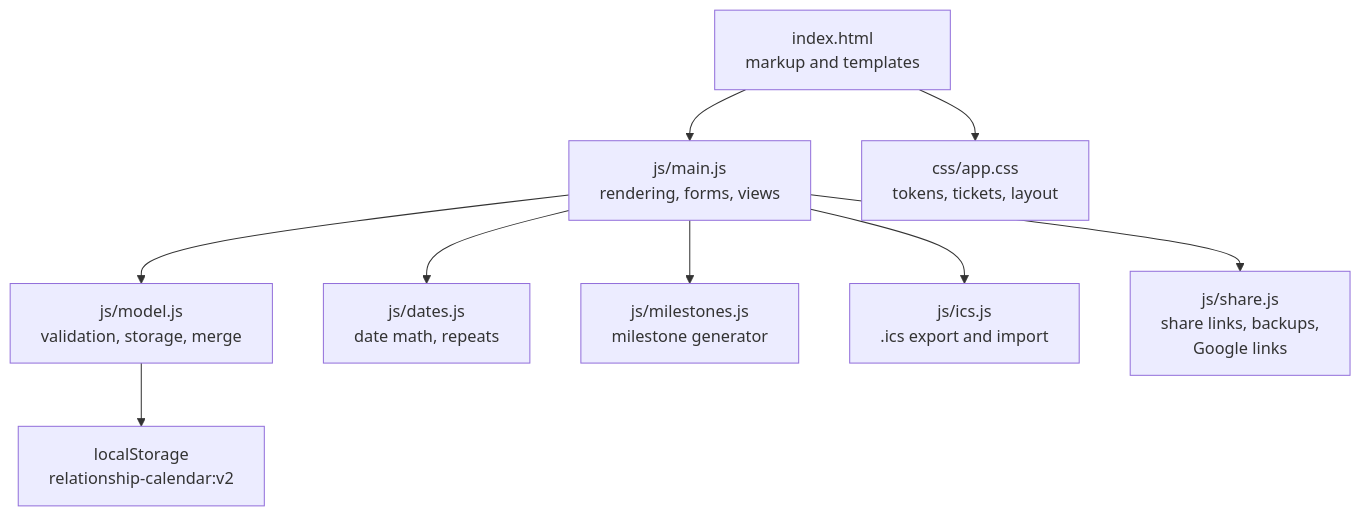
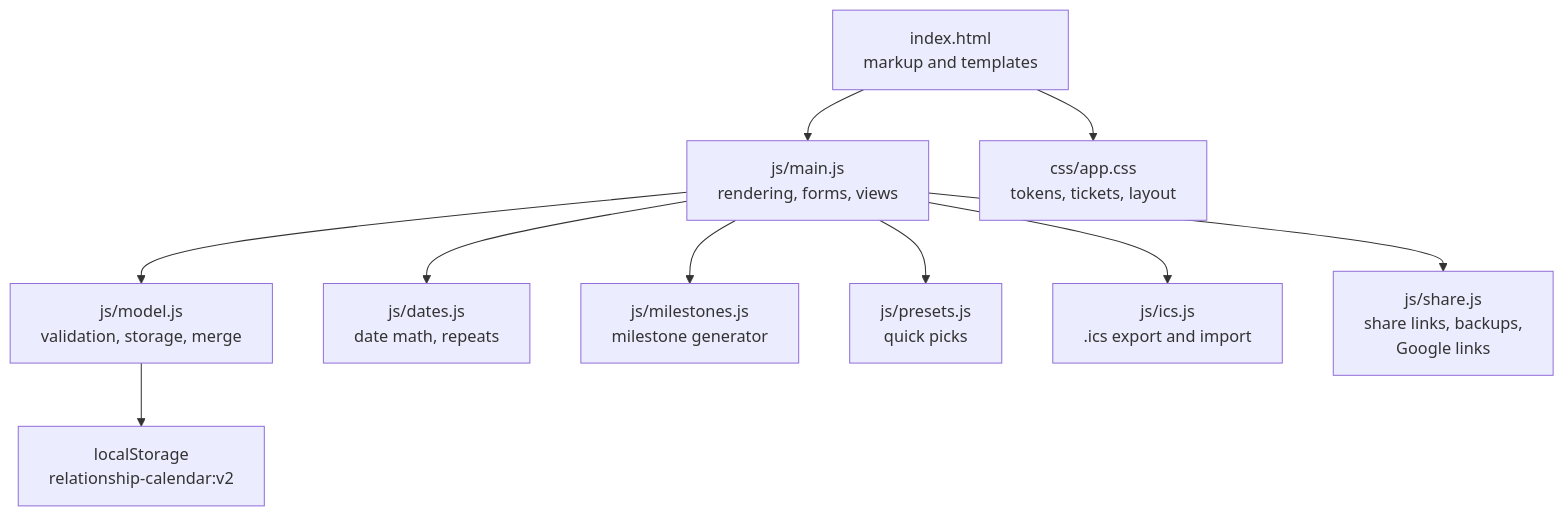
Before and after one commit to Bissbert/relationship-calendar: the diagram in README.md, drawn with Mermaid. The commit also changed other lines of this file and 6 other files, not shown here.

First line of the commit message:
Add quick picks for common relationship dates

````diff
--- a/README.md
+++ b/README.md
@@ -70,11 +71,12 @@
 ```mermaid
 flowchart TD
     H["index.html<br/>markup and templates"] --> M["js/main.js<br/>rendering, forms, views"]
     H --> C["css/app.css<br/>tokens, tickets, layout"]
     M --> MO["js/model.js<br/>validation, storage, merge"]
     M --> D["js/dates.js<br/>date math, repeats"]
     M --> MS["js/milestones.js<br/>milestone generator"]
+    M --> P["js/presets.js<br/>quick picks"]
     M --> I["js/ics.js<br/>.ics export and import"]
     M --> S["js/share.js<br/>share links, backups,<br/>Google links"]
     MO --> LS["localStorage<br/>relationship-calendar:v2"]
 ```
````
